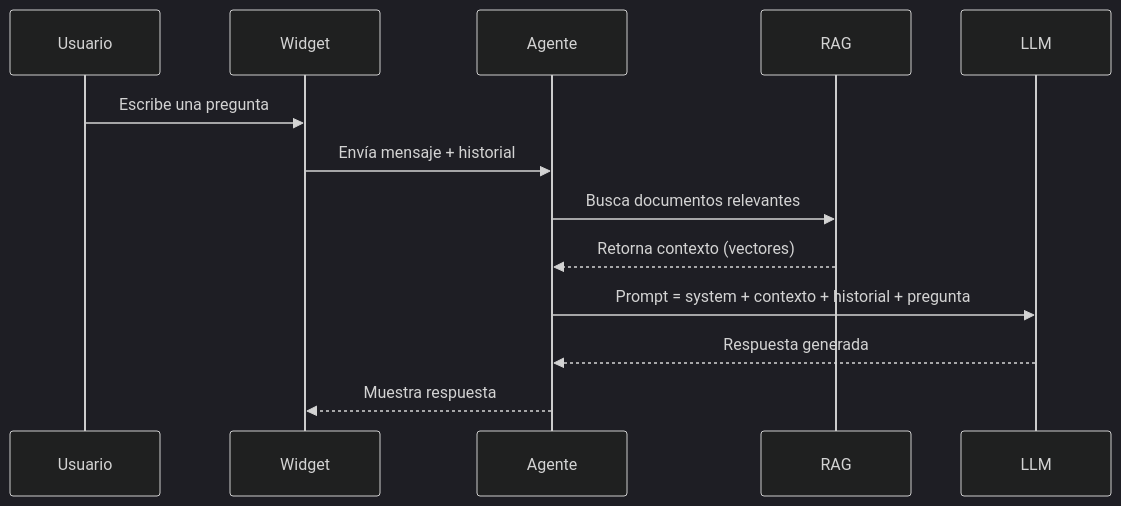
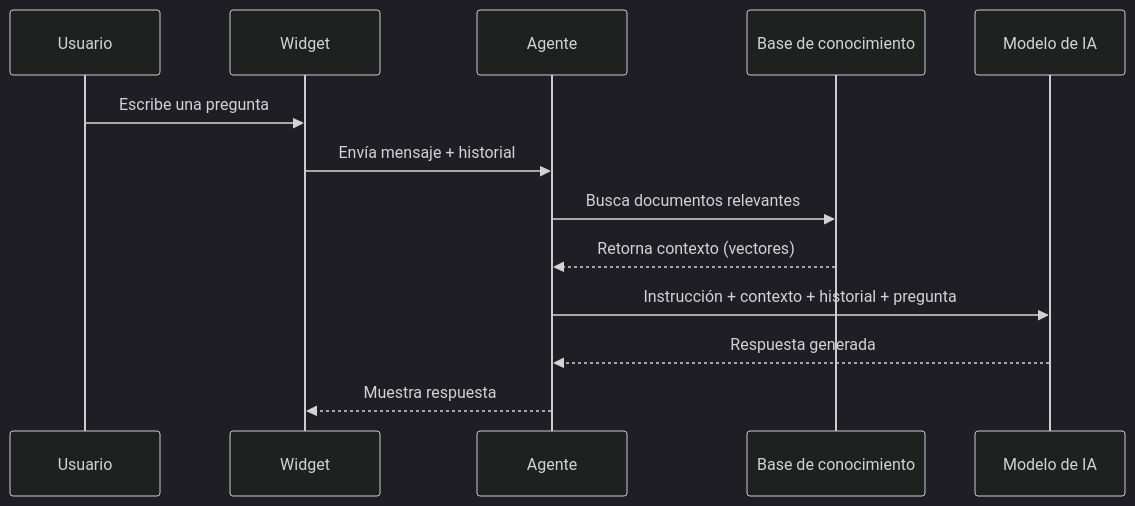
One commit to sebasegovia01/scrivot-docs changed the diagram in chatbot/overview.mdx. Above: the diagram before and after it, drawn with Mermaid (dark theme). The commit also changed other lines of this file and 9 other files, not shown here.

````diff
--- a/chatbot/overview.mdx
+++ b/chatbot/overview.mdx
@@ -14,10 +14,10 @@
 ```mermaid
 sequenceDiagram
     Usuario->>Widget: Escribe una pregunta
     Widget->>Agente: Envía mensaje + historial
-    Agente->>RAG: Busca documentos relevantes
-    RAG-->>Agente: Retorna contexto (vectores)
-    Agente->>LLM: Prompt = system + contexto + historial + pregunta
-    LLM-->>Agente: Respuesta generada
+    Agente->>Base de conocimiento: Busca documentos relevantes
+    Base de conocimiento-->>Agente: Retorna contexto (vectores)
+    Agente->>Modelo de IA: Instrucción + contexto + historial + pregunta
+    Modelo de IA-->>Agente: Respuesta generada
     Agente-->>Widget: Muestra respuesta
 ```
````
